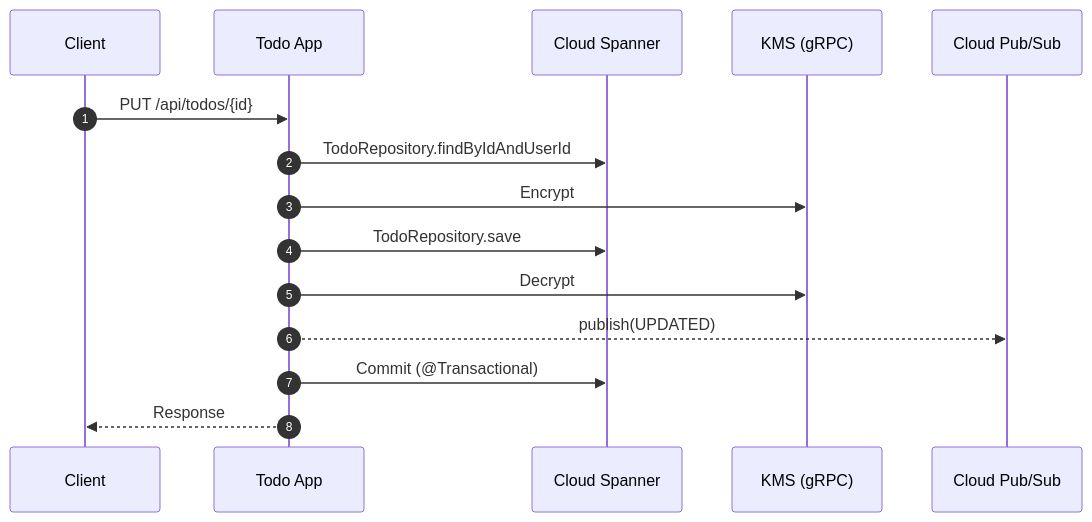
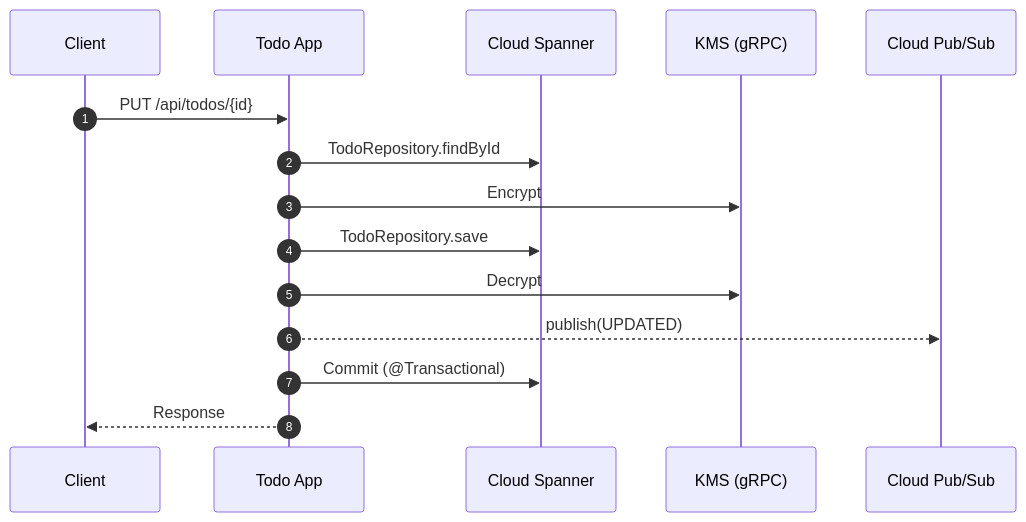
The ninth of 13 diagrams in docs/architecture/external-connection-order.md (tom009924/sandbox), drawn with Mermaid before and after one commit. The commit also changed other lines of this file, not shown here.

Commit message:
docs: update external connection order diagram for findById

````diff
--- a/docs/architecture/external-connection-order.md
+++ b/docs/architecture/external-connection-order.md
@@ -147,17 +147,17 @@
 ```mermaid
 sequenceDiagram
     autonumber
     participant Client
     participant App as Todo App
     participant Spanner as Cloud Spanner
     participant KMS as KMS (gRPC)
     participant PubSub as Cloud Pub/Sub
     Client->>App: PUT /api/todos/{id}
-    App->>Spanner: TodoRepository.findByIdAndUserId
+    App->>Spanner: TodoRepository.findById
     App->>KMS: Encrypt
     App->>Spanner: TodoRepository.save
     App->>KMS: Decrypt
     App-->>PubSub: publish(UPDATED)
     App->>Spanner: Commit (@Transactional)
     App-->>Client: Response
 ```
````
